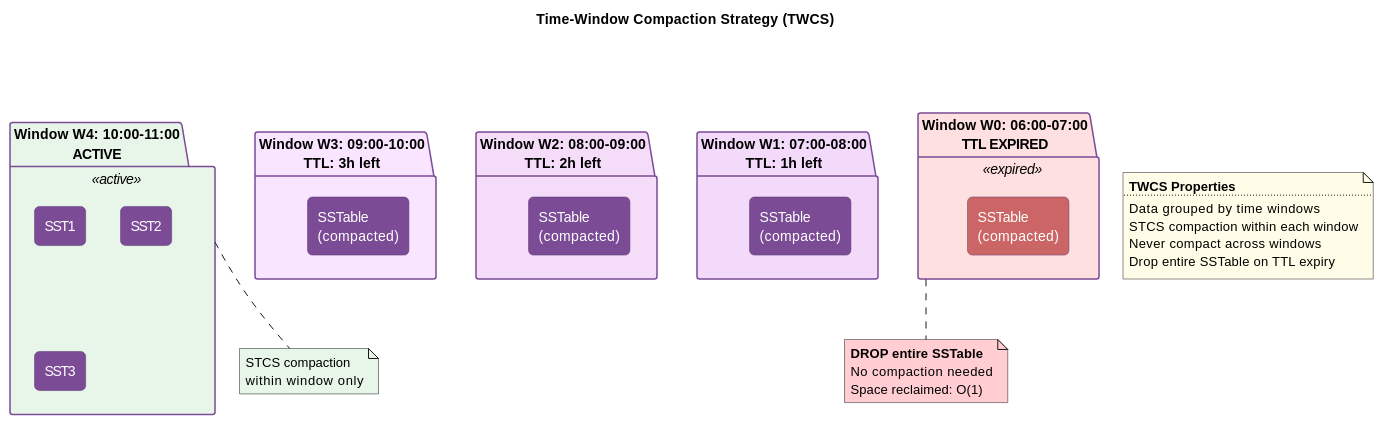
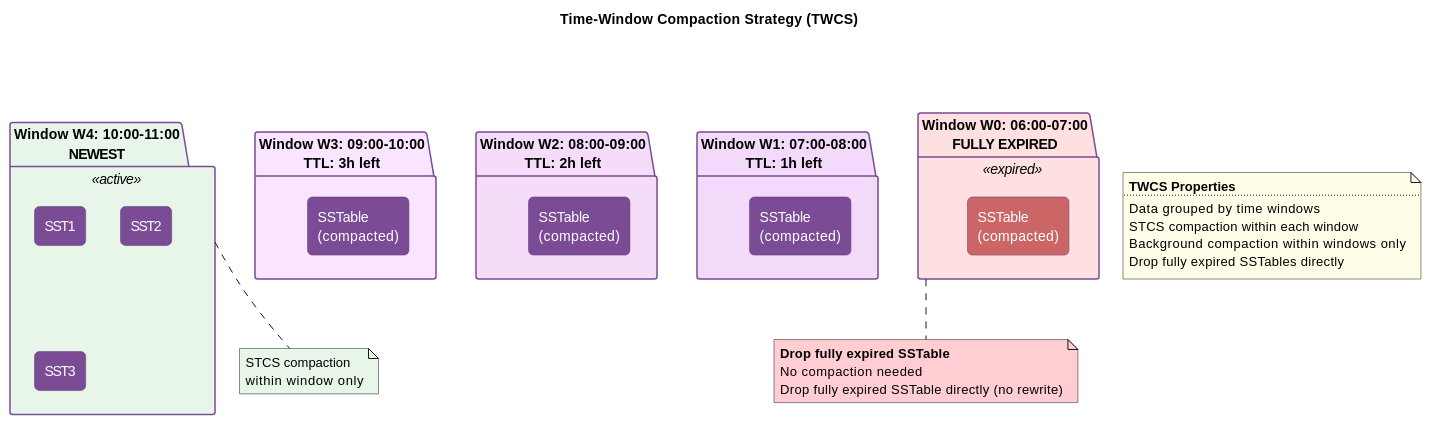
One commit to axonops/documentation changed the first of 8 diagrams in docs/data-platforms/cassandra/architecture/storage-engine/compaction/twcs.md. Above: the diagram before and after it, drawn with PlantUML. The commit also changed other lines of this file and 3 other files, not shown here.

````diff
--- a/docs/data-platforms/cassandra/architecture/storage-engine/compaction/twcs.md
+++ b/docs/data-platforms/cassandra/architecture/storage-engine/compaction/twcs.md
@@ -71,64 +71,64 @@
 ```plantuml
 @startuml
-skinparam backgroundColor transparent
+skinparam backgroundColor white
 title Time-Window Compaction Strategy (TWCS)
 
 skinparam defaultFontName Helvetica
 skinparam packageBackgroundColor #F9E5FF
 skinparam packageBorderColor #7B4B96
 
 skinparam rectangle {
     BackgroundColor #7B4B96
     FontColor white
     BorderColor #5A3670
     roundCorner 10
 }
 
-package "Window W4: 10:00-11:00\n**ACTIVE**" as W4 <<active>> #E8F5E9 {
+package "Window W4: 10:00-11:00\n**NEWEST**" as W4 <<active>> #E8F5E9 {
     rectangle "SST1" as W4_S1
     rectangle "SST2" as W4_S2
     rectangle "SST3" as W4_S3
 }
 
 package "Window W3: 09:00-10:00\nTTL: 3h left" as W3 #F9E5FF {
     rectangle "SSTable\n(compacted)" as W3_SST
 }
 
 package "Window W2: 08:00-09:00\nTTL: 2h left" as W2 #F5DCF9 {
     rectangle "SSTable\n(compacted)" as W2_SST
 }
 
 package "Window W1: 07:00-08:00\nTTL: 1h left" as W1 #F3DAFA {
     rectangle "SSTable\n(compacted)" as W1_SST
 }
 
-package "Window W0: 06:00-07:00\n**TTL EXPIRED**" as W0 <<expired>> #FFE0E0 {
+package "Window W0: 06:00-07:00\n**FULLY EXPIRED**" as W0 <<expired>> #FFE0E0 {
     rectangle "SSTable\n(compacted)" as W0_SST #CC6666
 }
 
 W4 -[hidden]right- W3
 W3 -[hidden]right- W2
 W2 -[hidden]right- W1
 W1 -[hidden]right- W0
 
 note bottom of W4 #E8F5E9
   STCS compaction
   within window only
 end note
 
 note bottom of W0 #FFCDD2
-  **DROP entire SSTable**
+  **Drop fully expired SSTable**
   No compaction needed
-  Space reclaimed: O(1)
+  Drop fully expired SSTable directly (no rewrite)
 end note
 
 note as props #FFFDE7
   **TWCS Properties**
   ....
   Data grouped by time windows
   STCS compaction within each window
-  Never compact across windows
-  Drop entire SSTable on TTL expiry
+  Background compaction within windows only
+  Drop fully expired SSTables directly
 end note
 @enduml
 ```
````
